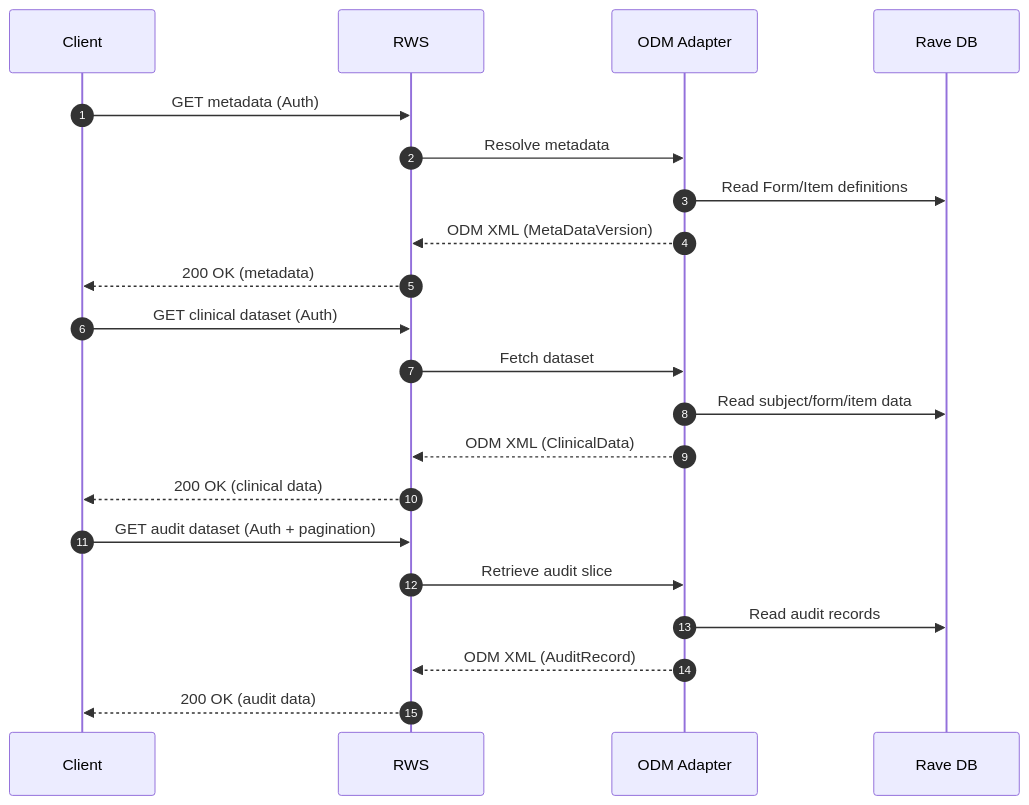
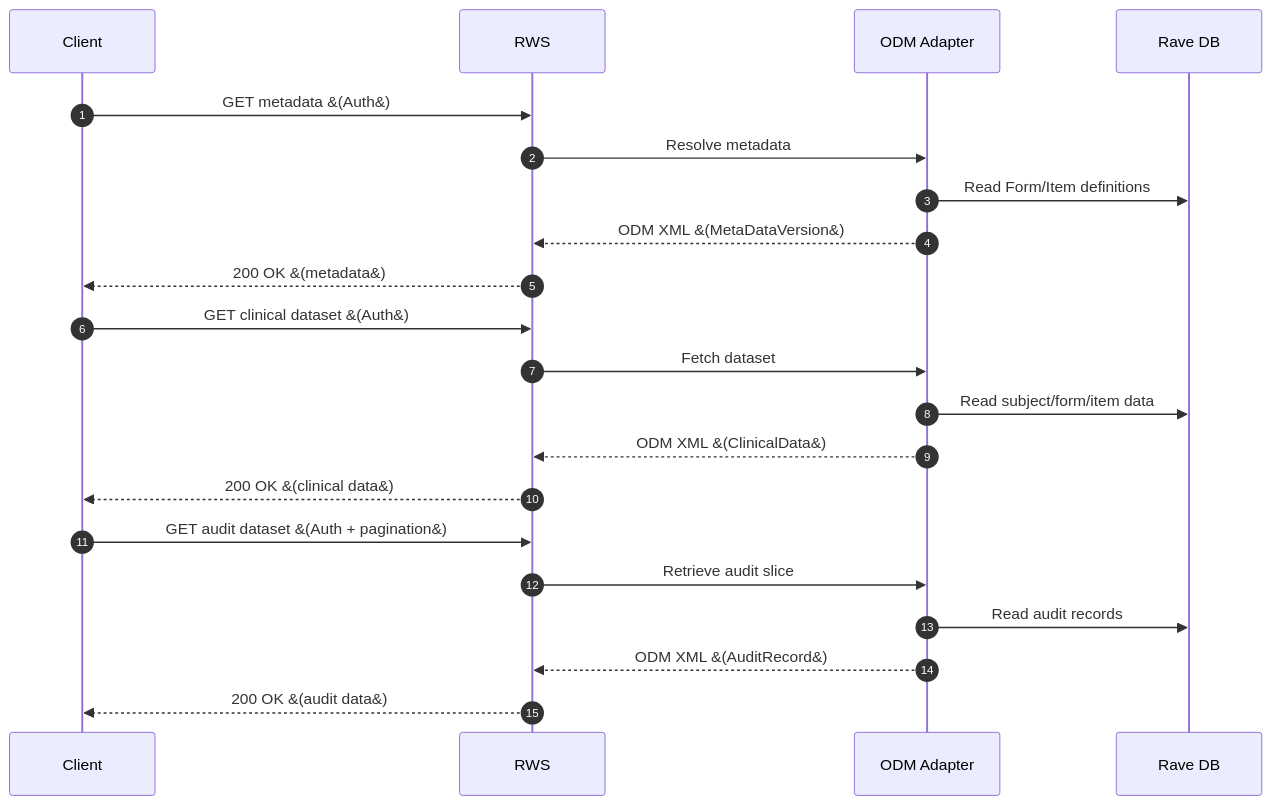
One commit to mecster09/rave-sim changed the third of 6 diagrams in docs/rws-visual-companion.md. Above: the diagram before and after it, drawn with Mermaid. The commit also changed other lines of this file and 1 other file, not shown here.

````diff
--- a/docs/rws-visual-companion.md
+++ b/docs/rws-visual-companion.md
@@ -69,26 +69,26 @@
 ```mermaid
 sequenceDiagram
     autonumber
     participant Client
     participant RWS
     participant ODM as ODM Adapter
     participant DB as Rave DB
 
-    Client->>RWS: GET metadata (Auth)
+    Client->>RWS: GET metadata &#40;Auth&#41;
     RWS->>ODM: Resolve metadata
     ODM->>DB: Read Form/Item definitions
-    ODM-->>RWS: ODM XML (MetaDataVersion)
-    RWS-->>Client: 200 OK (metadata)
+    ODM-->>RWS: ODM XML &#40;MetaDataVersion&#41;
+    RWS-->>Client: 200 OK &#40;metadata&#41;
 
-    Client->>RWS: GET clinical dataset (Auth)
+    Client->>RWS: GET clinical dataset &#40;Auth&#41;
     RWS->>ODM: Fetch dataset
     ODM->>DB: Read subject/form/item data
-    ODM-->>RWS: ODM XML (ClinicalData)
-    RWS-->>Client: 200 OK (clinical data)
+    ODM-->>RWS: ODM XML &#40;ClinicalData&#41;
+    RWS-->>Client: 200 OK &#40;clinical data&#41;
 
-    Client->>RWS: GET audit dataset (Auth + pagination)
+    Client->>RWS: GET audit dataset &#40;Auth + pagination&#41;
     RWS->>ODM: Retrieve audit slice
     ODM->>DB: Read audit records
-    ODM-->>RWS: ODM XML (AuditRecord)
-    RWS-->>Client: 200 OK (audit data)
+    ODM-->>RWS: ODM XML &#40;AuditRecord&#41;
+    RWS-->>Client: 200 OK &#40;audit data&#41;
 ```
````
